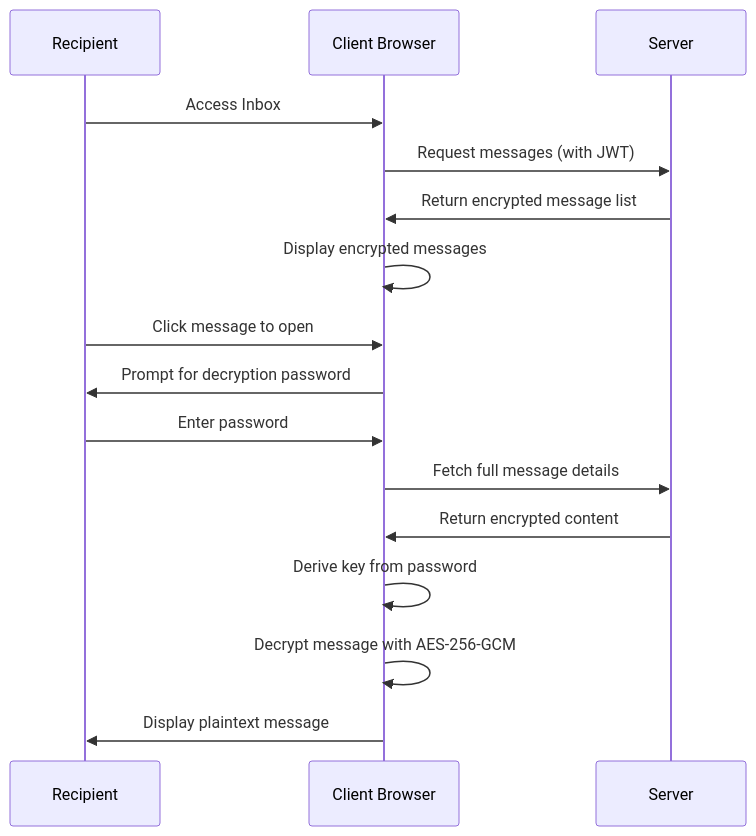
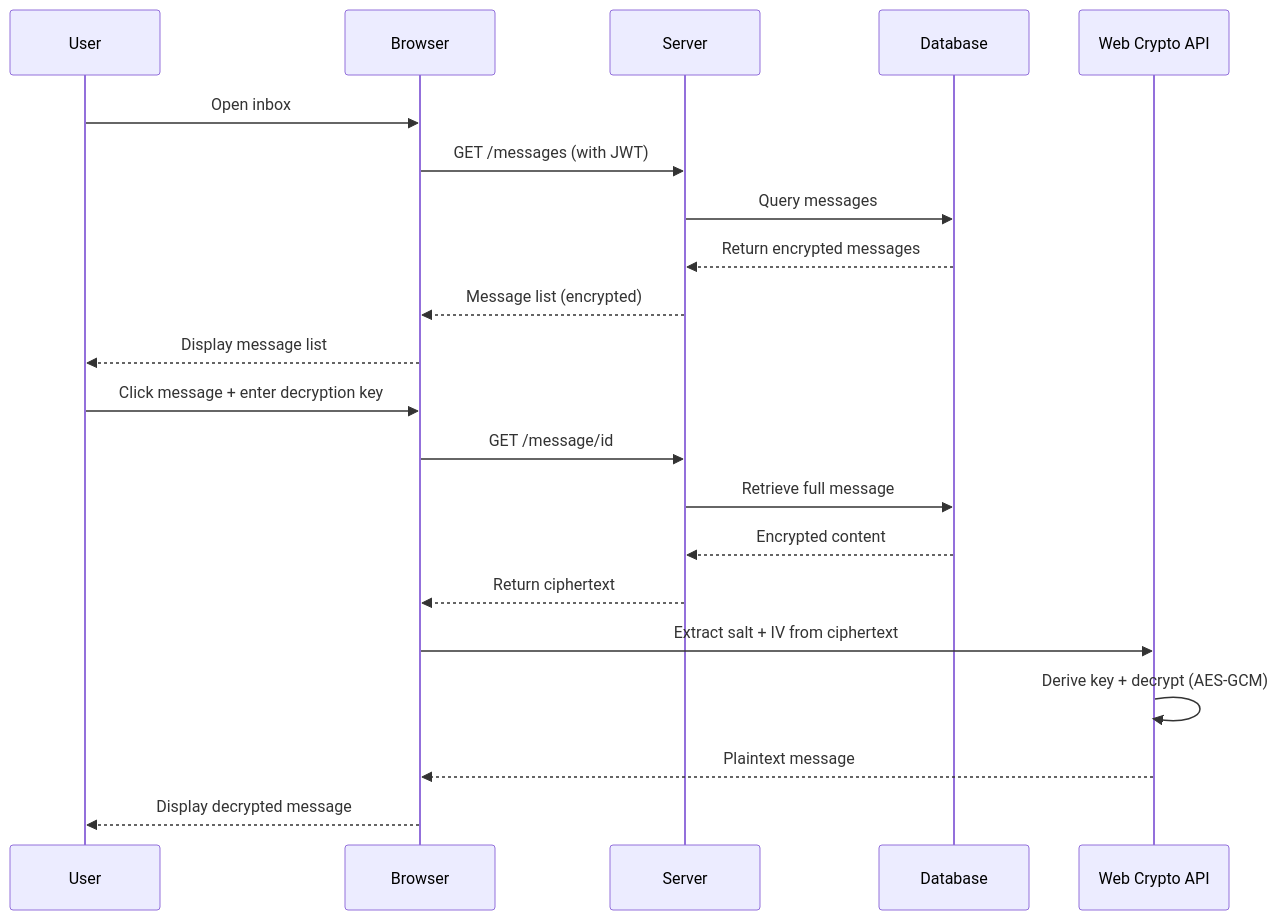
The fourth of 4 diagrams in README.md (xsukax/xsukax-E2EE-Local-Mailing-System), drawn with Mermaid before and after one commit. The commit also changed other lines of this file, not shown here.

````diff
--- a/README.md
+++ b/README.md
@@ -345,20 +266,25 @@
 ```mermaid
 sequenceDiagram
-    participant R as Recipient
-    participant C as Client Browser
+    participant U as User
+    participant B as Browser
     participant S as Server
-
-    R->>C: Access Inbox
-    C->>S: Request messages (with JWT)
-    S->>C: Return encrypted message list
-    C->>C: Display encrypted messages
+    participant DB as Database
+    participant C as Web Crypto API
     
-    R->>C: Click message to open
-    C->>R: Prompt for decryption password
-    R->>C: Enter password
-    C->>S: Fetch full message details
-    S->>C: Return encrypted content
-    C->>C: Derive key from password
-    C->>C: Decrypt message with AES-256-GCM
-    C->>R: Display plaintext message
+    U->>B: Open inbox
+    B->>S: GET /messages (with JWT)
+    S->>DB: Query messages
+    DB-->>S: Return encrypted messages
+    S-->>B: Message list (encrypted)
+    B-->>U: Display message list
+    
+    U->>B: Click message + enter decryption key
+    B->>S: GET /message/id
+    S->>DB: Retrieve full message
+    DB-->>S: Encrypted content
+    S-->>B: Return ciphertext
+    B->>C: Extract salt + IV from ciphertext
+    C->>C: Derive key + decrypt (AES-GCM)
+    C-->>B: Plaintext message
+    B-->>U: Display decrypted message
 ```
````
